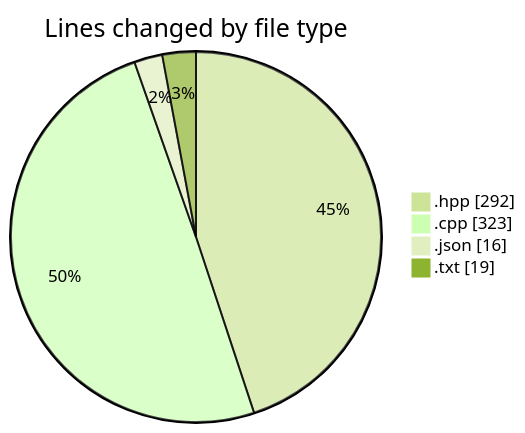
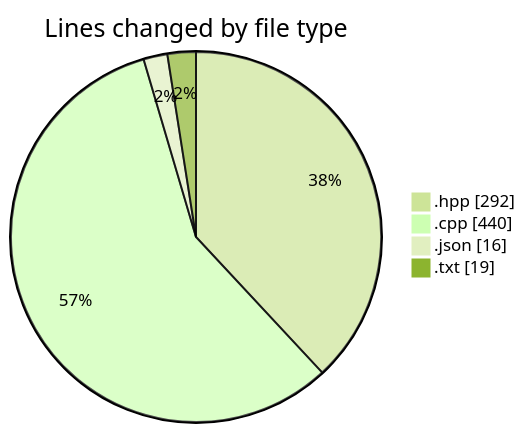
Before and after one commit to Netris89/code-tracking: the first of 2 diagrams in 2025-05-02/date/README.md, drawn with Mermaid (forest theme). The commit also changed other lines of this file and 1 other file, not shown here.

````diff
--- a/2025-05-02/date/README.md
+++ b/2025-05-02/date/README.md
@@ -31,8 +31,8 @@
 ```mermaid
 pie showData
 title Lines changed by file type
 ".hpp" : 292
-".cpp" : 323
+".cpp" : 440
 ".json" : 16
 ".txt" : 19
 ```
````
